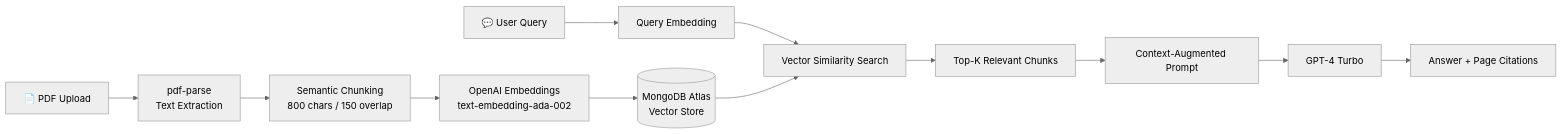
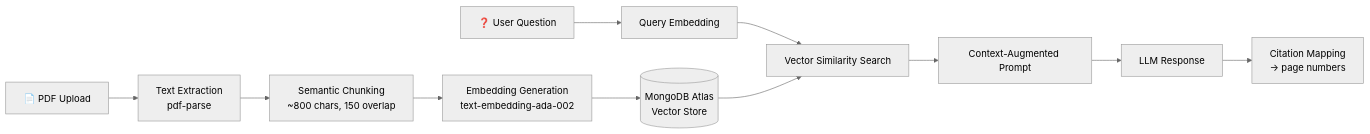
The first of 2 diagrams in README.md (kanhaiyaray/Docmind-Ai), drawn with Mermaid (neutral theme) before and after one commit. The commit also changed other lines of this file, not shown here.

````diff
--- a/README.md
+++ b/README.md
@@ -74,14 +88,13 @@
 ```mermaid
 flowchart LR
-    A[📄 PDF Upload] --> B[pdf-parse<br/>Text Extraction]
-    B --> C[Semantic Chunking<br/>800 chars / 150 overlap]
-    C --> D[OpenAI Embeddings<br/>text-embedding-ada-002]
+    A[📄 PDF Upload] --> B[Text Extraction<br/>pdf-parse]
+    B --> C[Semantic Chunking<br/>~800 chars, 150 overlap]
+    C --> D[Embedding Generation<br/>text-embedding-ada-002]
     D --> E[(MongoDB Atlas<br/>Vector Store)]
-    F[💬 User Query] --> G[Query Embedding]
+    F[❓ User Question] --> G[Query Embedding]
     G --> H[Vector Similarity Search]
     E --> H
-    H --> I[Top-K Relevant Chunks]
-    I --> J[Context-Augmented Prompt]
-    J --> K[GPT-4 Turbo]
-    K --> L[Answer + Page Citations]
+    H --> I[Context-Augmented Prompt]
+    I --> J[LLM Response]
+    J --> K[Citation Mapping<br/>→ page numbers]
 ```
````
